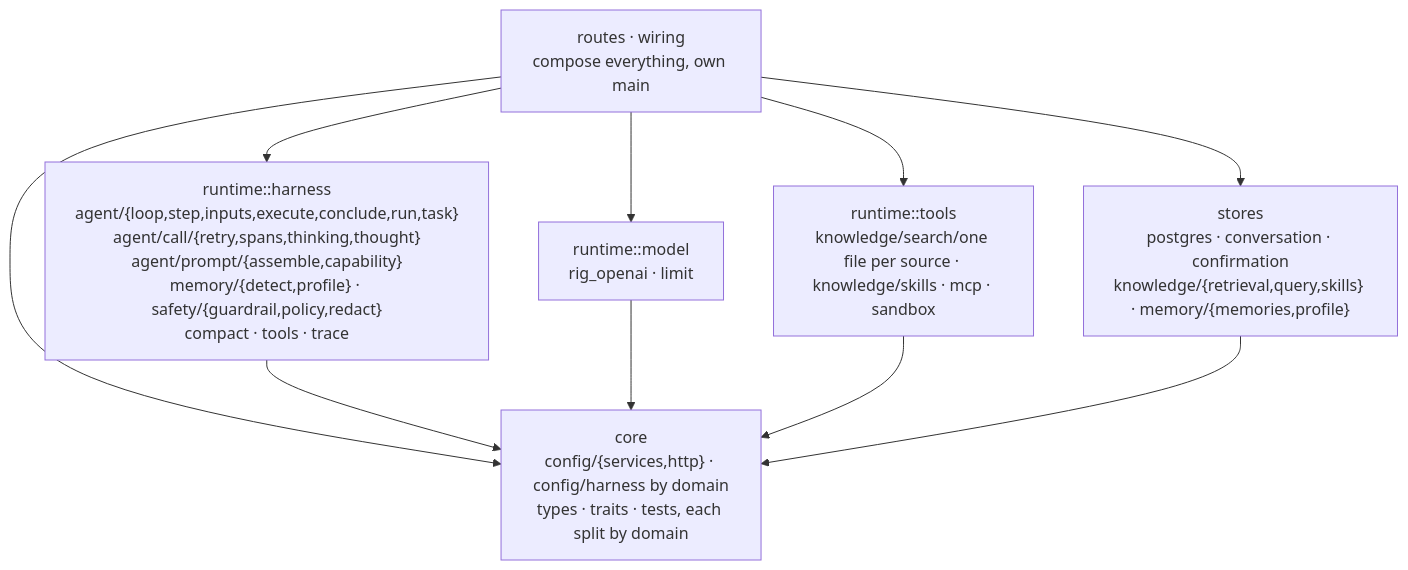
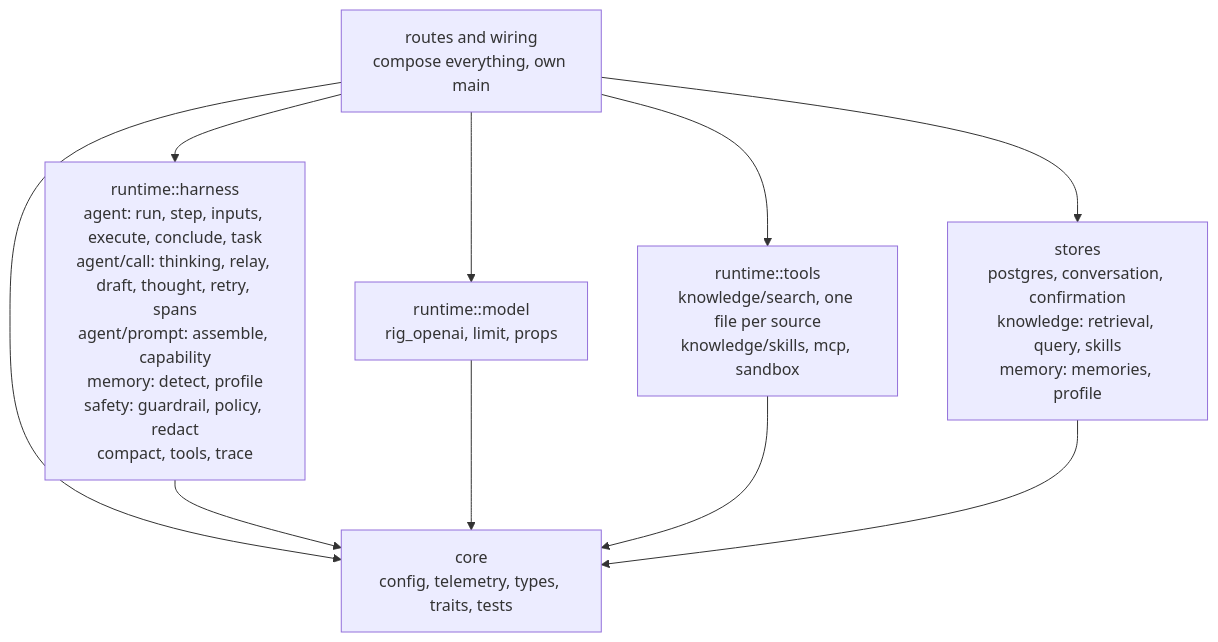
One commit to ashworks1706/SparkyAI changed the second of 10 diagrams in docs/ARCHITECTURE.md. Above: the diagram before and after it, drawn with Mermaid. The commit also changed other lines of this file and 180 other files, not shown here.

````diff
--- a/docs/ARCHITECTURE.md
+++ b/docs/ARCHITECTURE.md
@@ -122,19 +133,19 @@
 ```mermaid
 flowchart TD
-    ROUTES["routes · wiring<br/>compose everything, own main"]
-    HARNESS["runtime::harness<br/>agent/{loop,step,inputs,execute,conclude,run,task}<br/>agent/call/{retry,spans,thinking,thought}<br/>agent/prompt/{assemble,capability}<br/>memory/{detect,profile} · safety/{guardrail,policy,redact}<br/>compact · tools · trace"]
-    MODEL["runtime::model<br/>rig_openai · limit"]
-    TOOLS["runtime::tools<br/>knowledge/search/one file per source · knowledge/skills · mcp · sandbox"]
-    STORES["stores<br/>postgres · conversation · confirmation<br/>knowledge/{retrieval,query,skills} · memory/{memories,profile}"]
-    CORE["core<br/>config/{services,http} · config/harness by domain<br/>types · traits · tests, each split by domain"]
+    ROUTES["routes and wiring<br/>compose everything, own main"]
+    HARNESS["runtime::harness<br/>agent: run, step, inputs, execute, conclude, task<br/>agent/call: thinking, relay, draft, thought, retry, spans<br/>agent/prompt: assemble, capability<br/>memory: detect, profile<br/>safety: guardrail, policy, redact<br/>compact, tools, trace"]
+    MODEL["runtime::model<br/>rig_openai, limit, props"]
+    TOOLS["runtime::tools<br/>knowledge/search, one file per source<br/>knowledge/skills, mcp, sandbox"]
+    STORES["stores<br/>postgres, conversation, confirmation<br/>knowledge: retrieval, query, skills<br/>memory: memories, profile"]
+    CORE["core<br/>config, telemetry, types, traits, tests"]
 
     ROUTES --> HARNESS
     ROUTES --> MODEL
     ROUTES --> TOOLS
     ROUTES --> STORES
     ROUTES --> CORE
     HARNESS --> CORE
     MODEL --> CORE
     TOOLS --> CORE
     STORES --> CORE
 ```
````
